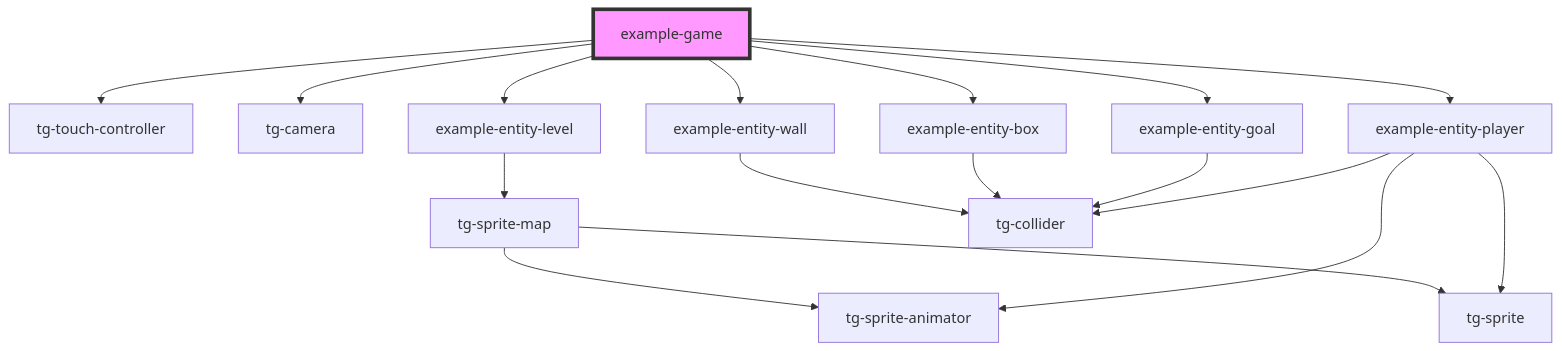
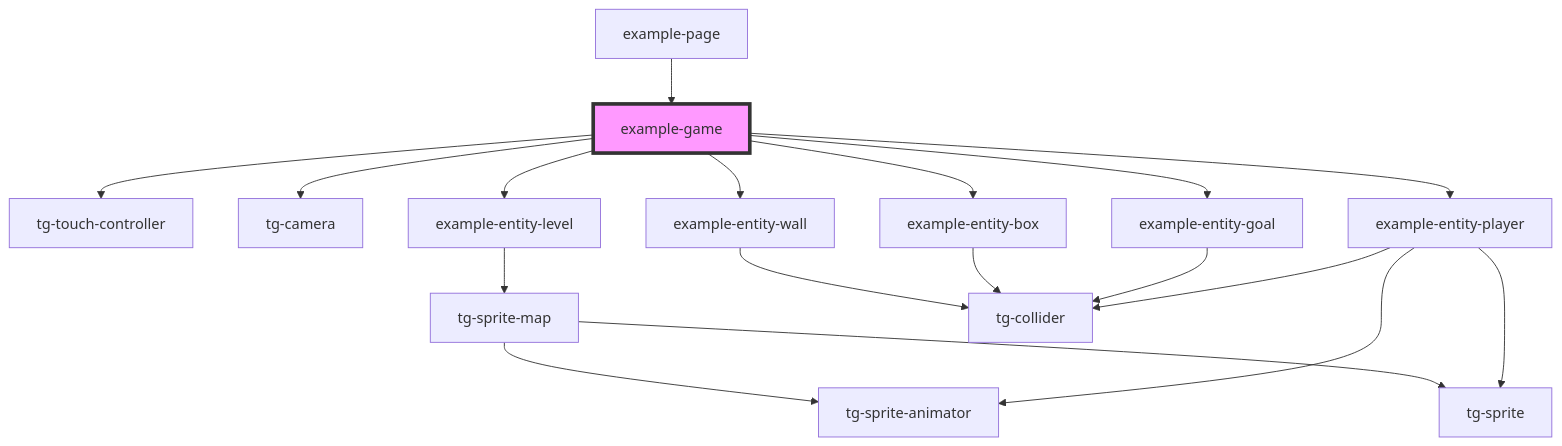
Before and after one commit to Scan0815/tg-engine: the diagram in src/components/example/example-game/readme.md, drawn with Mermaid. The commit also changed other lines of this file and 12 other files, not shown here.

````diff
--- a/src/components/example/example-game/readme.md
+++ b/src/components/example/example-game/readme.md
@@ -21,20 +25,21 @@
 ```mermaid
 graph TD;
   example-game --> tg-touch-controller
   example-game --> tg-camera
   example-game --> example-entity-level
   example-game --> example-entity-wall
   example-game --> example-entity-box
   example-game --> example-entity-goal
   example-game --> example-entity-player
   example-entity-level --> tg-sprite-map
   tg-sprite-map --> tg-sprite-animator
   tg-sprite-map --> tg-sprite
   example-entity-wall --> tg-collider
   example-entity-box --> tg-collider
   example-entity-goal --> tg-collider
   example-entity-player --> tg-collider
   example-entity-player --> tg-sprite-animator
   example-entity-player --> tg-sprite
+  example-page --> example-game
   style example-game fill:#f9f,stroke:#333,stroke-width:4px
 ```
````
